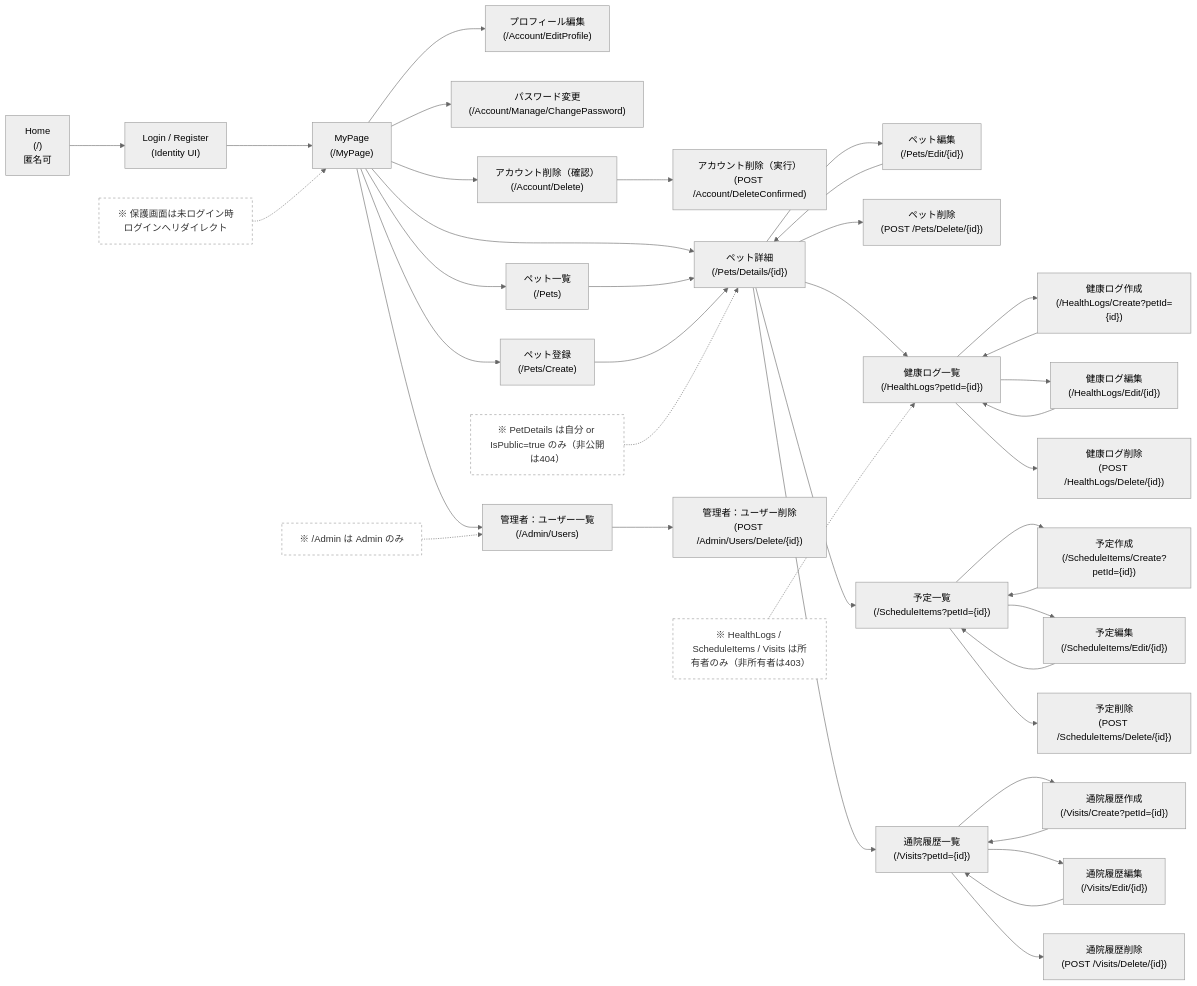
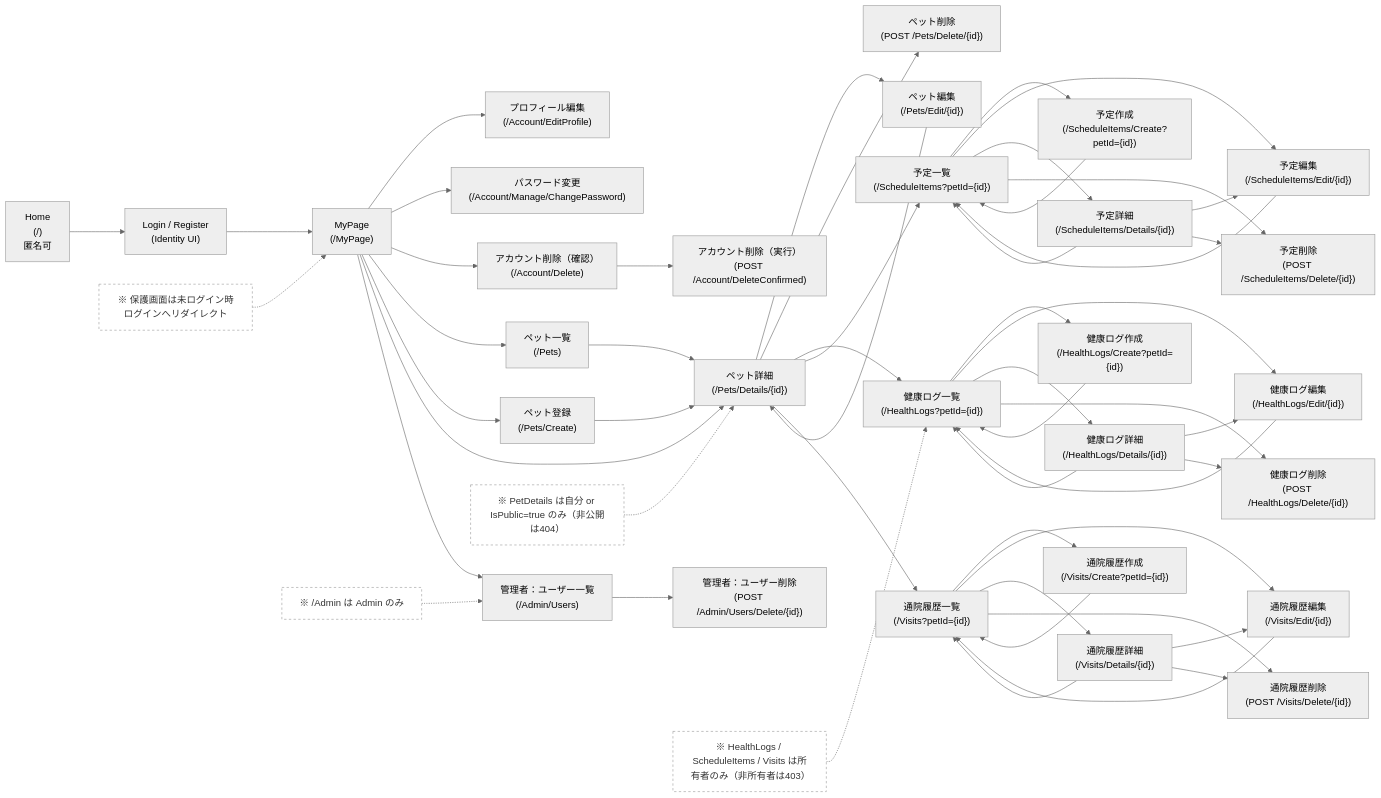
One commit to Cat5Dog2/PetHealthManagement changed the diagram in docs/screen-transition-diagram.md. Above: the diagram before and after it, drawn with Mermaid (neutral theme). The commit also changed 3 other files, not shown here.

Commit message:
Add detail views for health logs, schedules, and visits

````diff
--- a/docs/screen-transition-diagram.md
+++ b/docs/screen-transition-diagram.md
@@ -1,58 +1,70 @@
 ```mermaid
 flowchart LR
   Home["Home<br/>(/)<br/>匿名可"] --> Login["Login / Register<br/>(Identity UI)"]
 
   Login --> MyPage["MyPage<br/>(/MyPage)"]
 
   MyPage --> EditProfile["プロフィール編集<br/>(/Account/EditProfile)"]
   MyPage --> ChangePassword["パスワード変更<br/>(/Account/Manage/ChangePassword)"]
   MyPage --> AccountDelete["アカウント削除（確認）<br/>(/Account/Delete)"]
   AccountDelete --> AccountDeleteConfirmed["アカウント削除（実行）<br/>(POST /Account/DeleteConfirmed)"]
 
   MyPage --> PetsIndex["ペット一覧<br/>(/Pets)"]
   MyPage --> PetCreate["ペット登録<br/>(/Pets/Create)"]
   MyPage --> PetDetails["ペット詳細<br/>(/Pets/Details/{id})"]
 
   PetsIndex --> PetDetails
   PetCreate --> PetDetails
 
   PetDetails --> PetEdit["ペット編集<br/>(/Pets/Edit/{id})"]
   PetDetails --> PetDelete["ペット削除<br/>(POST /Pets/Delete/{id})"]
   PetEdit --> PetDetails
 
   PetDetails --> HealthLogsIndex["健康ログ一覧<br/>(/HealthLogs?petId={id})"]
   HealthLogsIndex --> HealthLogCreate["健康ログ作成<br/>(/HealthLogs/Create?petId={id})"]
   HealthLogsIndex --> HealthLogEdit["健康ログ編集<br/>(/HealthLogs/Edit/{id})"]
+  HealthLogsIndex --> HealthLogDetails["健康ログ詳細<br/>(/HealthLogs/Details/{id})"]
   HealthLogsIndex --> HealthLogDelete["健康ログ削除<br/>(POST /HealthLogs/Delete/{id})"]
+  HealthLogDetails --> HealthLogsIndex
+  HealthLogDetails --> HealthLogEdit
+  HealthLogDetails --> HealthLogDelete
   HealthLogCreate --> HealthLogsIndex
   HealthLogEdit --> HealthLogsIndex
 
   PetDetails --> ScheduleIndex["予定一覧<br/>(/ScheduleItems?petId={id})"]
   ScheduleIndex --> ScheduleCreate["予定作成<br/>(/ScheduleItems/Create?petId={id})"]
   ScheduleIndex --> ScheduleEdit["予定編集<br/>(/ScheduleItems/Edit/{id})"]
+  ScheduleIndex --> ScheduleDetails["予定詳細<br/>(/ScheduleItems/Details/{id})"]
   ScheduleIndex --> ScheduleDelete["予定削除<br/>(POST /ScheduleItems/Delete/{id})"]
+  ScheduleDetails --> ScheduleIndex
+  ScheduleDetails --> ScheduleEdit
+  ScheduleDetails --> ScheduleDelete
   ScheduleCreate --> ScheduleIndex
   ScheduleEdit --> ScheduleIndex
 
   PetDetails --> VisitsIndex["通院履歴一覧<br/>(/Visits?petId={id})"]
   VisitsIndex --> VisitCreate["通院履歴作成<br/>(/Visits/Create?petId={id})"]
   VisitsIndex --> VisitEdit["通院履歴編集<br/>(/Visits/Edit/{id})"]
+  VisitsIndex --> VisitDetails["通院履歴詳細<br/>(/Visits/Details/{id})"]
   VisitsIndex --> VisitDelete["通院履歴削除<br/>(POST /Visits/Delete/{id})"]
+  VisitDetails --> VisitsIndex
+  VisitDetails --> VisitEdit
+  VisitDetails --> VisitDelete
   VisitCreate --> VisitsIndex
   VisitEdit --> VisitsIndex
 
   MyPage --> AdminUsers["管理者：ユーザー一覧<br/>(/Admin/Users)"]
   AdminUsers --> AdminUserDelete["管理者：ユーザー削除<br/>(POST /Admin/Users/Delete/{id})"]
 
   NoteAuth["※ 保護画面は未ログイン時ログインへリダイレクト"]:::note
   NoteOwner["※ HealthLogs / ScheduleItems / Visits は所有者のみ（非所有者は403）"]:::note
   NotePublic["※ PetDetails は自分 or IsPublic=true のみ（非公開は404）"]:::note
   NoteAdmin["※ /Admin は Admin のみ"]:::note
 
   NoteAuth -.-> MyPage
   NoteOwner -.-> HealthLogsIndex
   NotePublic -.-> PetDetails
   NoteAdmin -.-> AdminUsers
 
   classDef note fill:#fff,stroke:#999,stroke-dasharray: 4 4,color:#333;
 ```
````
